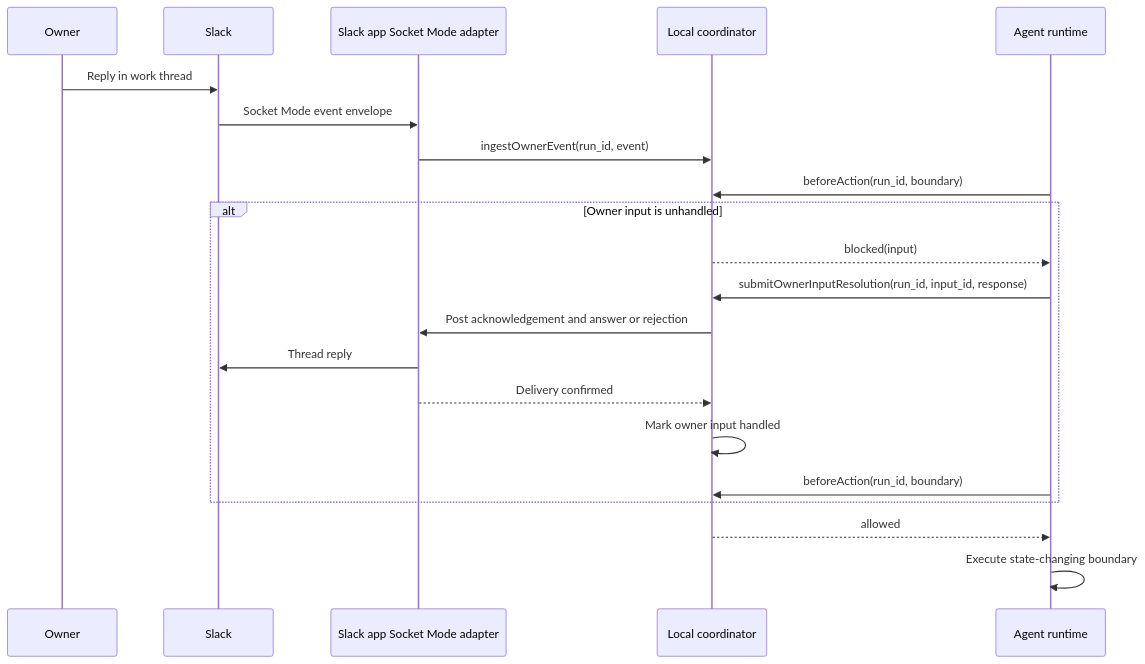
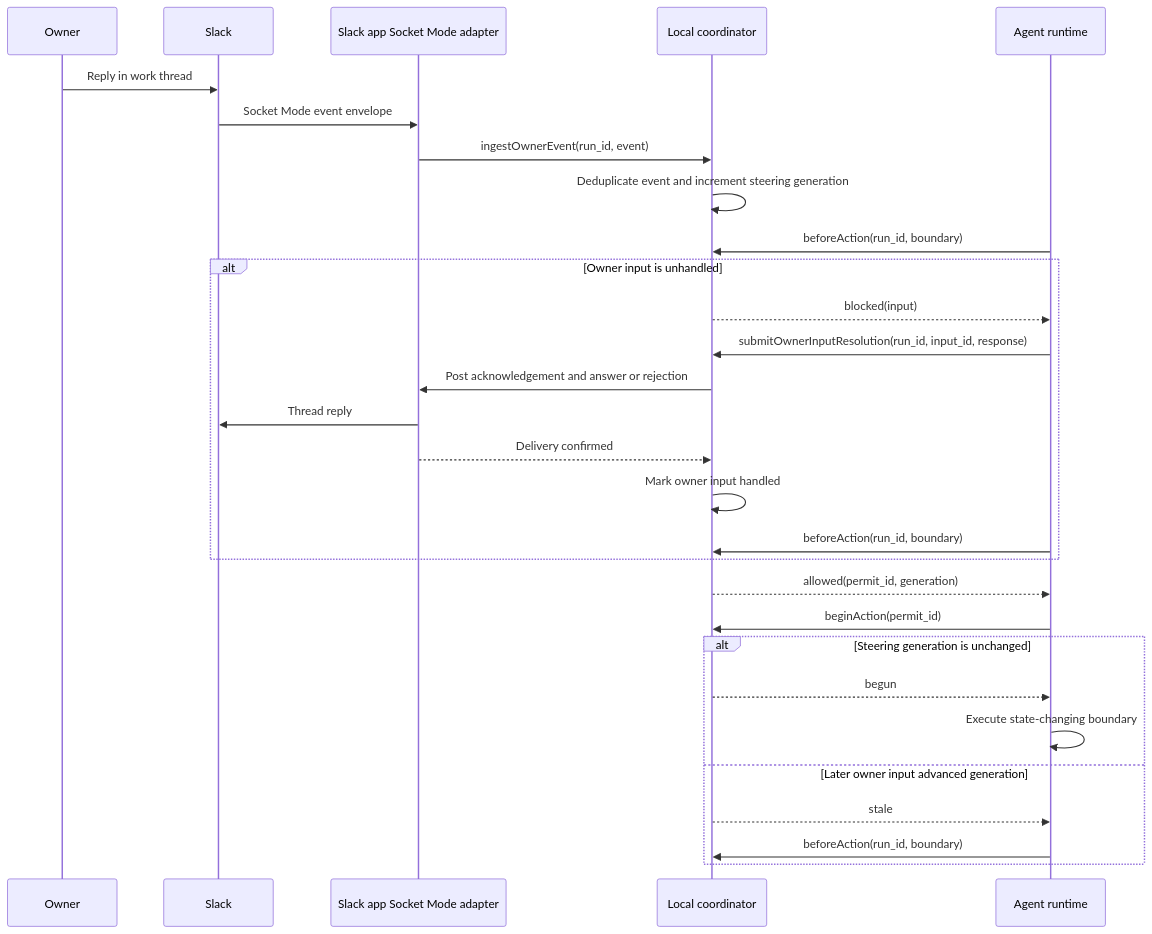
One commit to MarkTripoli/skills changed the second of 5 diagrams in .agents/tasks/i-want-new-skill/03-tdd-slack-agent-communication.md. Above: the diagram before and after it, drawn with Mermaid. The commit also changed other lines of this file, not shown here.

````diff
--- a/.agents/tasks/i-want-new-skill/03-tdd-slack-agent-communication.md
+++ b/.agents/tasks/i-want-new-skill/03-tdd-slack-agent-communication.md
@@ -49,24 +49,32 @@
 ```mermaid
 sequenceDiagram
     participant O as Owner
     participant S as Slack
     participant A as Slack app Socket Mode adapter
     participant C as Local coordinator
     participant R as Agent runtime
 
     O->>S: Reply in work thread
     S->>A: Socket Mode event envelope
     A->>C: ingestOwnerEvent(run_id, event)
+    C->>C: Deduplicate event and increment steering generation
     R->>C: beforeAction(run_id, boundary)
     alt Owner input is unhandled
         C-->>R: blocked(input)
         R->>C: submitOwnerInputResolution(run_id, input_id, response)
         C->>A: Post acknowledgement and answer or rejection
         A->>S: Thread reply
         A-->>C: Delivery confirmed
         C->>C: Mark owner input handled
         R->>C: beforeAction(run_id, boundary)
     end
-    C-->>R: allowed
-    R->>R: Execute state-changing boundary
+    C-->>R: allowed(permit_id, generation)
+    R->>C: beginAction(permit_id)
+    alt Steering generation is unchanged
+        C-->>R: begun
+        R->>R: Execute state-changing boundary
+    else Later owner input advanced generation
+        C-->>R: stale
+        R->>C: beforeAction(run_id, boundary)
+    end
 ```
````
